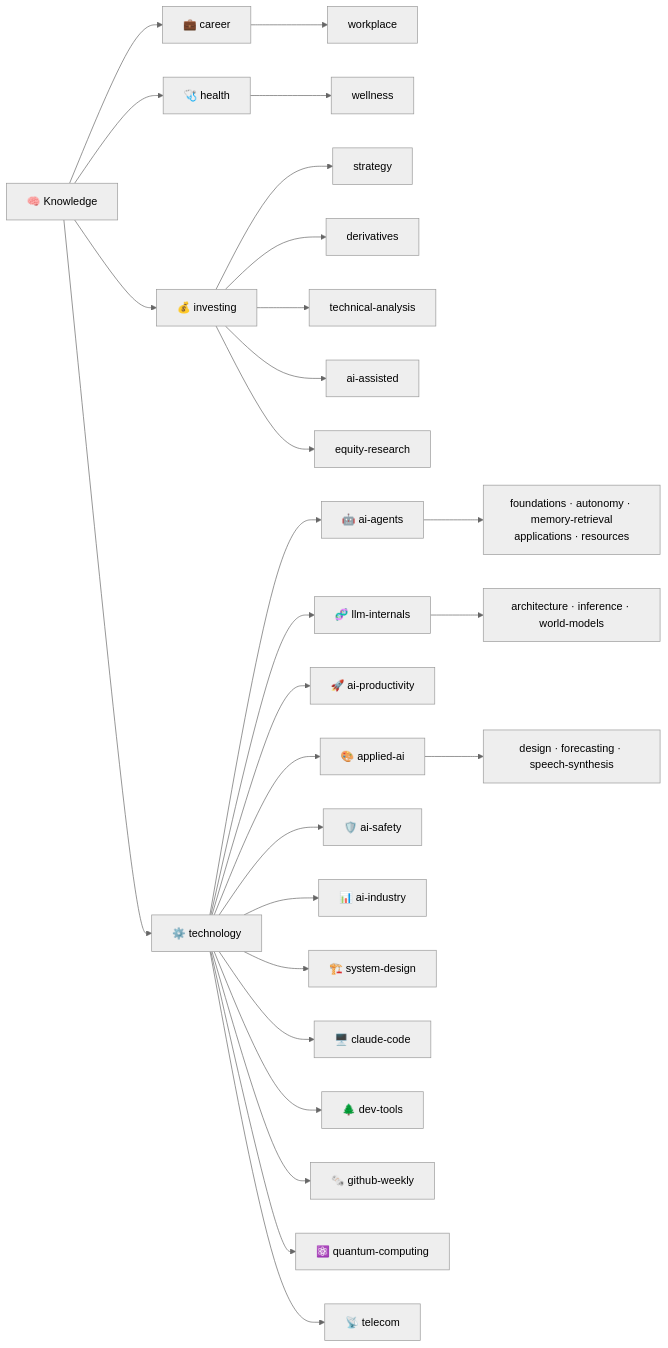
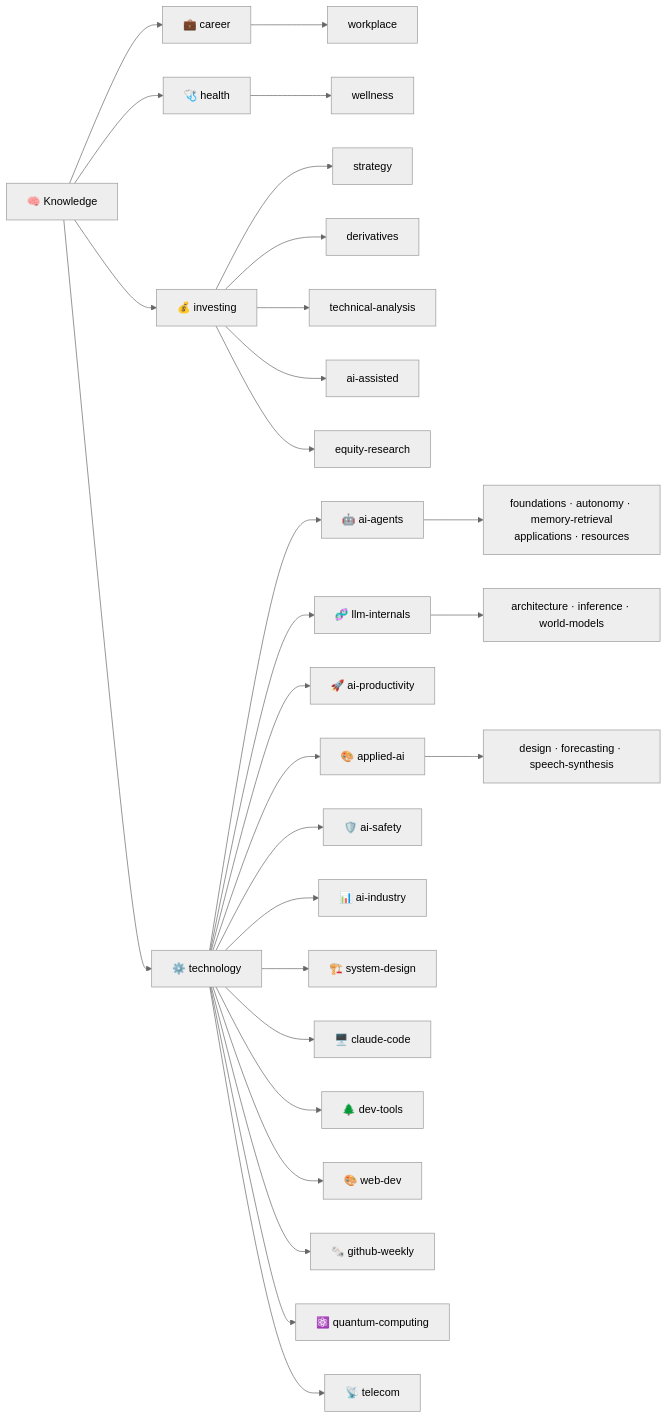
The diagram in README.md (shooter2062424/Knowledge), drawn with Mermaid (neutral theme) before and after one commit. The commit also changed other lines of this file and 1 other file, not shown here.

First line of the commit message:
[feat] 新增「CSS View Transitions 跨頁轉場」筆記,開 web-dev 中類

````diff
--- a/README.md
+++ b/README.md
@@ -25,29 +25,30 @@
 ```mermaid
 flowchart LR
     K["🧠 Knowledge"] --> I["💰 investing"]
     K --> T["⚙️ technology"]
     K --> C["💼 career"]
     C --> C1["workplace"]
     K --> H["🩺 health"]
     H --> H1["wellness"]
     I --> I1["strategy"]
     I --> I2["derivatives"]
     I --> I3["technical-analysis"]
     I --> I4["ai-assisted"]
     I --> I5["equity-research"]
     T --> T1["🤖 ai-agents"]
     T --> T2["🧬 llm-internals"]
     T --> T3["🚀 ai-productivity"]
     T --> T4["🎨 applied-ai"]
     T --> T7["🛡️ ai-safety"]
     T --> T9["📊 ai-industry"]
     T --> T10["🏗️ system-design"]
     T --> T8["🖥️ claude-code"]
     T --> T11["🌲 dev-tools"]
+    T --> T13["🎨 web-dev"]
     T --> T12["🗞️ github-weekly"]
     T --> T6["⚛️ quantum-computing"]
     T --> T5["📡 telecom"]
     T1 --> T1a["foundations · autonomy · memory-retrieval<br/>applications · resources"]
     T2 --> T2a["architecture · inference · world-models"]
     T4 --> T4a["design · forecasting · speech-synthesis"]
 ```
````
